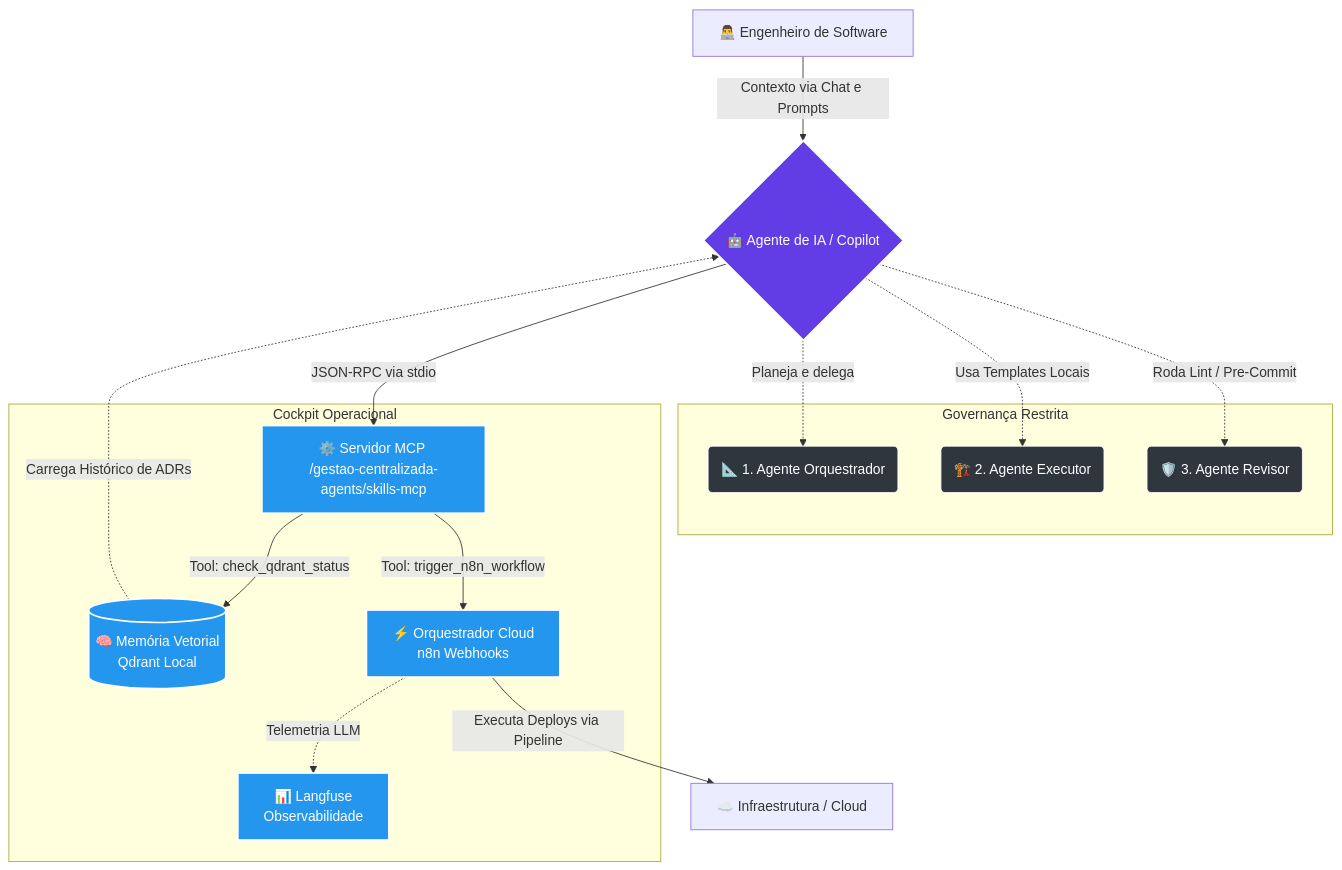
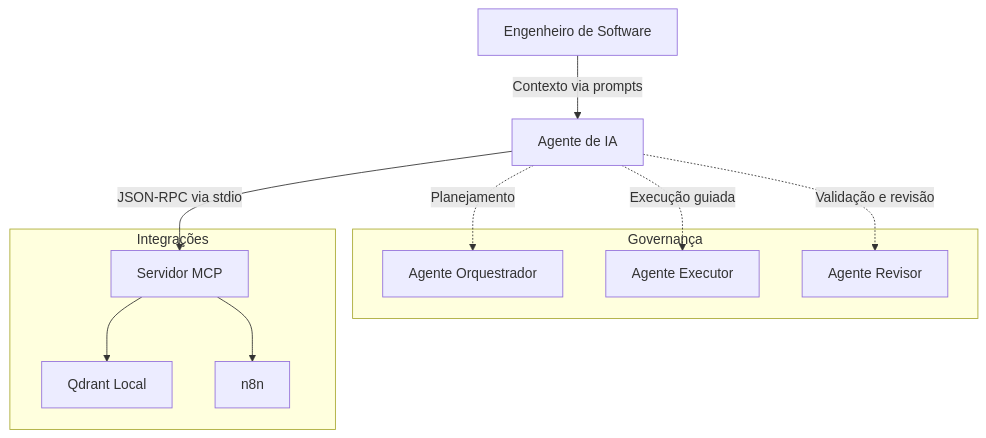
Before and after one commit to diegosantos-ai/dev-workspace: the diagram in README.md, drawn with Mermaid. The commit also changed other lines of this file and 2 other files, not shown here.

Commit message:
feat: adiciona capítulo sobre padrão de comunicação técnica e documentação no AGENTS.md e refatora README.md para reprodutibilidade universal

````diff
--- a/README.md
+++ b/README.md
@@ -84,40 +135,21 @@
 ```mermaid
 graph TD
-    %% Entidades Principais
-    User[👨‍💻 Engenheiro de Software] -->|Contexto via Chat e Prompts| AI{🤖 Agente de IA / Copilot}
+    User[Engenheiro de Software] -->|Contexto via prompts| AI[Agente de IA]
 
-    %% Matriz de Personas (Regras)
-    subgraph Governança Restrita
-        P1(📐 1. Agente Orquestrador)
-        P2(🏗️ 2. Agente Executor)
-        P3(🛡️ 3. Agente Revisor)
+    subgraph Governança
+        P1[Agente Orquestrador]
+        P2[Agente Executor]
+        P3[Agente Revisor]
     end
 
-    %% Cargas Cognitivas
-    AI -.->|Planeja e delega| P1
-    AI -.->|Usa Templates Locais| P2
-    AI -.->|Roda Lint / Pre-Commit| P3
+    AI -.->|Planejamento| P1
+    AI -.->|Execução guiada| P2
+    AI -.->|Validação e revisão| P3
 
-    %% Servidor e Comunicação
-    AI -->|JSON-RPC via stdio| MCP[⚙️ Servidor MCP \n/gestao-centralizada-agents/skills-mcp]
+    AI -->|JSON-RPC via stdio| MCP[Servidor MCP]
 
-    %% Cockpit Local e Nuvem
-    subgraph Cockpit Operacional
-        MCP -->|Tool: check_qdrant_status| Q[(🧠 Memória Vetorial \nQdrant Local)]
-        MCP -->|Tool: trigger_n8n_workflow| N8N[⚡ Orquestrador Cloud \nn8n Webhooks]
-        N8N -.->|"Telemetria LLM"| LF[📊 Langfuse \nObservabilidade]
+    subgraph Integrações
+        MCP --> Q[Qdrant Local]
+        MCP --> N8N[n8n]
     end
-
-    %% Output
-    Q -.->|Carrega Histórico de ADRs| AI
-    N8N -->|Executa Deploys via Pipeline| Infra[☁️ Infraestrutura / Cloud]
-
-    %% Estilos
-    classDef ai fill:#623CE4,stroke:#fff,stroke-width:2px,color:#fff;
-    classDef mcp fill:#2496ED,stroke:#fff,stroke-width:2px,color:#fff;
-    classDef governanca fill:#2F363D,stroke:#fff,color:#fff;
-
-    class AI ai;
-    class MCP,Q,N8N,LF mcp;
-    class P1,P2,P3 governanca;
 ```
````
